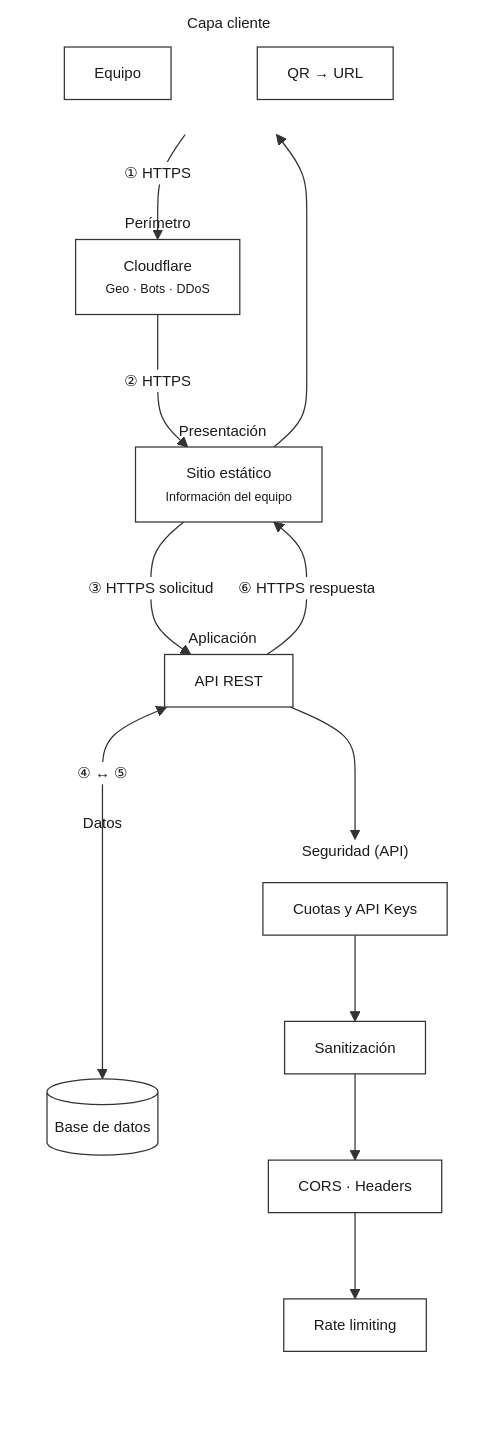
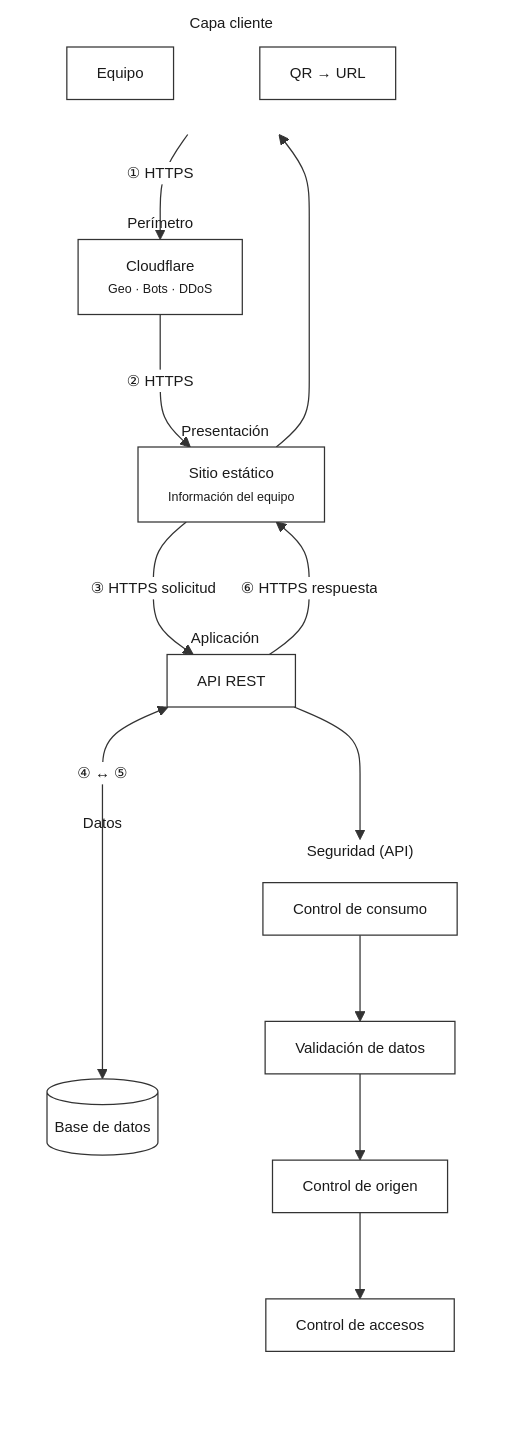
Before and after one commit to solivoo/template_devxtreme: the second of 2 diagrams in docs/arquitectura-solicitudes-uml.md, drawn with Mermaid. The commit also changed other lines of this file and 4 other files, not shown here.

````diff
--- a/docs/arquitectura-solicitudes-uml.md
+++ b/docs/arquitectura-solicitudes-uml.md
@@ -116,68 +116,68 @@
 ```mermaid
 %%{init: {
   "theme": "base",
   "themeVariables": {
     "fontFamily": "Segoe UI, Inter, sans-serif",
     "fontSize": "12px",
     "background": "#ffffff",
     "primaryColor": "#ffffff",
     "primaryTextColor": "#1a1a1a",
     "primaryBorderColor": "#333333",
     "lineColor": "#333333",
     "secondaryColor": "#ffffff",
     "tertiaryColor": "#ffffff",
     "clusterBkg": "transparent",
     "clusterBorder": "transparent",
     "titleColor": "#1a1a1a"
   },
   "themeCSS": ".cluster rect{stroke:none!important;fill:transparent!important}.cluster .cluster-label{fill:#1a1a1a!important}.node rect,.node circle,.node polygon,.node path{stroke:#333!important;fill:#fff!important}",
   "flowchart": {
     "diagramPadding": 16,
     "nodeSpacing": 36,
     "rankSpacing": 44,
     "padding": 12,
     "useMaxWidth": true,
     "htmlLabels": true
   }
 }}%%
 
 flowchart TB
     subgraph Cliente[" Capa cliente "]
         direction LR
         Equipo["Equipo"]
         QR["QR → URL"]
         Equipo ~~~ QR
     end
 
     subgraph Perimetro[" Perímetro "]
         CF["Cloudflare<br/><small>Geo · Bots · DDoS</small>"]
     end
 
     subgraph Presentacion[" Presentación "]
         Sitio["Sitio estático<br/><small>Información del equipo</small>"]
     end
 
     subgraph Aplicacion[" Aplicación "]
         API["API REST"]
     end
 
     subgraph Seguridad[" Seguridad (API) "]
         direction TB
-        S1["Cuotas y API Keys"] --> S2["Sanitización"]
-        S2 --> S3["CORS · Headers"]
-        S3 --> S4["Rate limiting"]
+        S1["Control de consumo"] --> S2["Validación de datos"]
+        S2 --> S3["Control de origen"]
+        S3 --> S4["Control de accesos"]
     end
 
     subgraph Datos[" Datos "]
         DB[("Base de datos")]
     end
 
     Equipo -->|"① HTTPS"| CF
     CF -->|"② HTTPS"| Sitio
     Sitio -->|"③ HTTPS solicitud"| API
     API -->|"⑥ HTTPS respuesta"| Sitio
     Sitio --> Equipo
 
     API --> Seguridad
     API <-->|"④ ↔ ⑤"| DB
 ```
````
